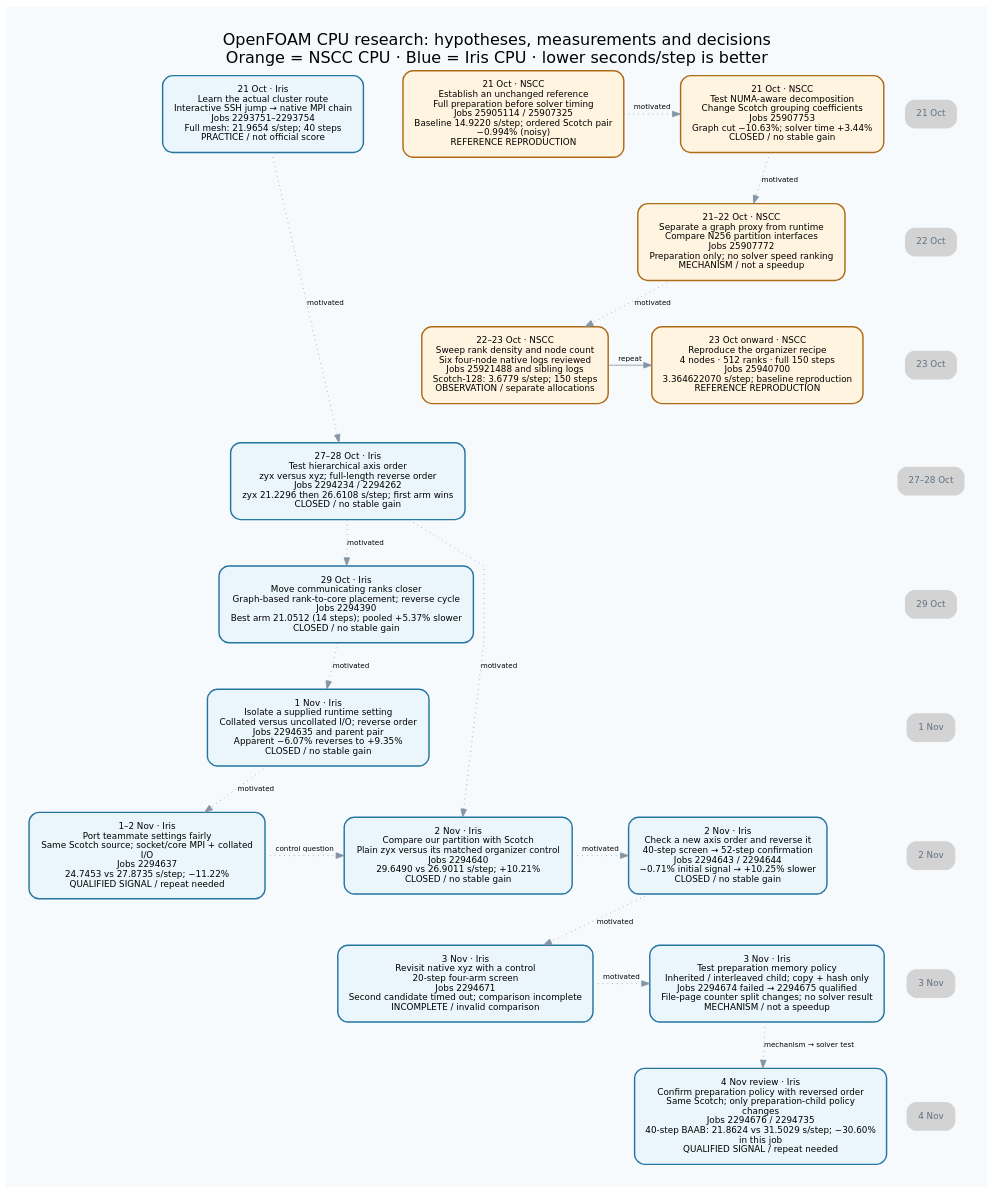
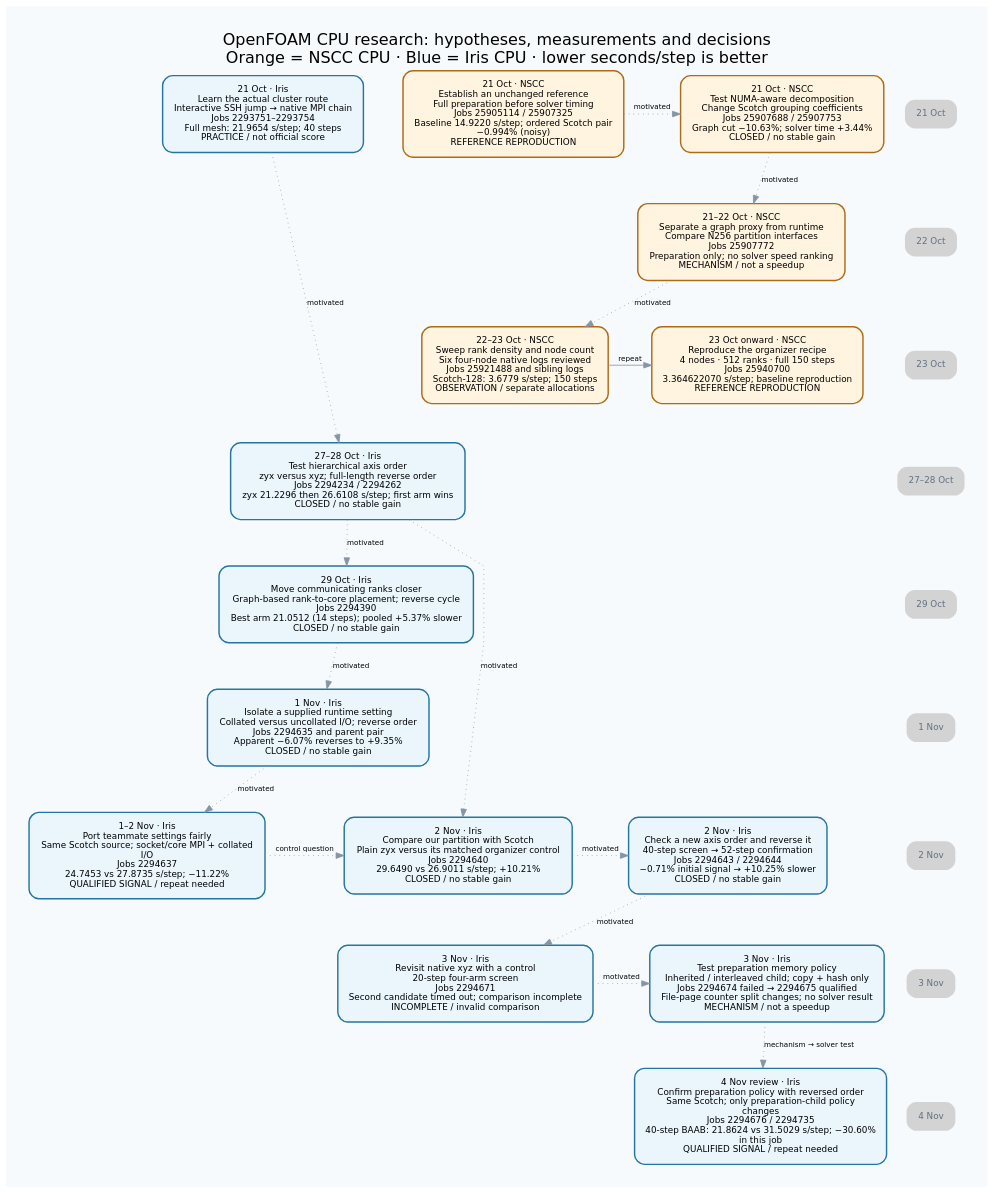
The diagram in workspace/reports/hpc-run-lineage-20261104/journey.dot (trungdangtapcode/apac-hpc-ai-2026), drawn with Graphviz before and after one commit. The commit also changed 14 other files, not shown here.

```diff
--- a/workspace/reports/hpc-run-lineage-20261104/journey.dot
+++ b/workspace/reports/hpc-run-lineage-20261104/journey.dot
@@ -1,66 +1,66 @@
 digraph hpc {
 graph [rankdir=TB,bgcolor="#f7fafc",pad="0.4",nodesep="0.35",ranksep="0.65",splines=polyline,fontname="DejaVu Sans",fontsize=20,label="OpenFOAM CPU research: hypotheses, measurements and decisions\nOrange = NSCC CPU · Blue = Iris CPU · lower seconds/step is better",labelloc=t];
 node [shape=box,style="rounded,filled",fontname="DejaVu Sans",fontsize=11,margin="0.20,0.16"];
 edge [color="#8595a4",fontname="DejaVu Sans",fontsize=9];
 "access" [label="21 Oct · Iris\nLearn the actual cluster route\nInteractive SSH jump → native MPI chain\nJobs 2293751–2293754\nFull mesh: 21.9654 s/step; 40 steps\nPRACTICE / not official score",color="#2476a1",fillcolor="#eaf5fc",penwidth=1.8,URL="../../../workspace/reports/hpc-research-journey-20261023/JOURNEY.md",tooltip="Full mesh: 21.9654 s/step; 40 steps | PRACTICE / not official score"];
 "baseline" [label="21 Oct · NSCC\nEstablish an unchanged reference\nFull preparation before solver timing\nJobs 25905114 / 25907325\nBaseline 14.9220 s/step; ordered Scotch pair\n−0.994% (noisy)\nREFERENCE REPRODUCTION",color="#ad6b17",fillcolor="#fff4df",penwidth=1.8,URL="../../../workspace/reports/hpc-research-journey-20261023/JOURNEY.md",tooltip="Baseline 14.9220 s/step; ordered Scotch pair −0.994% (noisy) | REFERENCE REPRODUCTION"];
-"numa" [label="21 Oct · NSCC\nTest NUMA-aware decomposition\nChange Scotch grouping coefficients\nJobs 25907753\nGraph cut −10.63%; solver time +3.44%\nCLOSED / no stable gain",color="#ad6b17",fillcolor="#fff4df",penwidth=1.8,URL="../../../workspace/reports/hpc-research-journey-20261023/JOURNEY.md",tooltip="Graph cut −10.63%; solver time +3.44% | CLOSED / no stable gain"];
+"numa" [label="21 Oct · NSCC\nTest NUMA-aware decomposition\nChange Scotch grouping coefficients\nJobs 25907688 / 25907753\nGraph cut −10.63%; solver time +3.44%\nCLOSED / no stable gain",color="#ad6b17",fillcolor="#fff4df",penwidth=1.8,URL="../../../workspace/reports/hpc-research-journey-20261023/JOURNEY.md",tooltip="Graph cut −10.63%; solver time +3.44% | CLOSED / no stable gain"];
 "graph" [label="21–22 Oct · NSCC\nSeparate a graph proxy from runtime\nCompare N256 partition interfaces\nJobs 25907772\nPreparation only; no solver speed ranking\nMECHANISM / not a speedup",color="#ad6b17",fillcolor="#fff4df",penwidth=1.8,URL="../../../workspace/reports/hpc-research-journey-20261023/JOURNEY.md",tooltip="Preparation only; no solver speed ranking | MECHANISM / not a speedup"];
 "density" [label="22–23 Oct · NSCC\nSweep rank density and node count\nSix four-node native logs reviewed\nJobs 25921488 and sibling logs\nScotch-128: 3.6779 s/step; 150 steps\nOBSERVATION / separate allocations",color="#ad6b17",fillcolor="#fff4df",penwidth=1.8,URL="../../../workspace/reports/hpc-research-journey-20261023/JOURNEY.md",tooltip="Scotch-128: 3.6779 s/step; 150 steps | OBSERVATION / separate allocations"];
 "confirm" [label="23 Oct onward · NSCC\nReproduce the organizer recipe\n4 nodes · 512 ranks · full 150 steps\nJobs 25940700\n3.364622070 s/step; baseline reproduction\nREFERENCE REPRODUCTION",color="#ad6b17",fillcolor="#fff4df",penwidth=1.8,URL="../../../workspace/notes/HPC_CURRENT.md",tooltip="3.364622070 s/step; baseline reproduction | REFERENCE REPRODUCTION"];
 "order" [label="27–28 Oct · Iris\nTest hierarchical axis order\nzyx versus xyz; full-length reverse order\nJobs 2294234 / 2294262\nzyx 21.2296 then 26.6108 s/step; first arm wins\nCLOSED / no stable gain",color="#2476a1",fillcolor="#eaf5fc",penwidth=1.8,URL="../../../workspace/reports/hpc-own-research-status-20261102/README.md",tooltip="zyx 21.2296 then 26.6108 s/step; first arm wins | CLOSED / no stable gain"];
 "place" [label="29 Oct · Iris\nMove communicating ranks closer\nGraph-based rank-to-core placement; reverse cycle\nJobs 2294390\nBest arm 21.0512 (14 steps); pooled +5.37% slower\nCLOSED / no stable gain",color="#2476a1",fillcolor="#eaf5fc",penwidth=1.8,URL="../../../2026-APAC-HPC-AI/hpc-experiments/iris-graphmap-reverse-20261029/completed-2294390/RESULTS.md",tooltip="Best arm 21.0512 (14 steps); pooled +5.37% slower | CLOSED / no stable gain"];
 "io" [label="1 Nov · Iris\nIsolate a supplied runtime setting\nCollated versus uncollated I/O; reverse order\nJobs 2294635 and parent pair\nApparent −6.07% reverses to +9.35%\nCLOSED / no stable gain",color="#2476a1",fillcolor="#eaf5fc",penwidth=1.8,URL="../../../workspace/reports/hpc-own-research-status-20261102/README.md",tooltip="Apparent −6.07% reverses to +9.35% | CLOSED / no stable gain"];
 "team" [label="1–2 Nov · Iris\nPort teammate settings fairly\nSame Scotch source; socket/core MPI + collated\nI/O\nJobs 2294637\n24.7453 vs 27.8735 s/step; −11.22%\nQUALIFIED SIGNAL / repeat needed",color="#2476a1",fillcolor="#eaf5fc",penwidth=1.8,URL="../../../workspace/reports/hpc-iris-comparison-20261103/README.md",tooltip="24.7453 vs 27.8735 s/step; −11.22% | QUALIFIED SIGNAL / repeat needed"];
 "zyx" [label="2 Nov · Iris\nCompare our partition with Scotch\nPlain zyx versus its matched organizer control\nJobs 2294640\n29.6490 vs 26.9011 s/step; +10.21%\nCLOSED / no stable gain",color="#2476a1",fillcolor="#eaf5fc",penwidth=1.8,URL="../../../workspace/reports/hpc-iris-comparison-20261103/README.md",tooltip="29.6490 vs 26.9011 s/step; +10.21% | CLOSED / no stable gain"];
 "xzy" [label="2 Nov · Iris\nCheck a new axis order and reverse it\n40-step screen → 52-step confirmation\nJobs 2294643 / 2294644\n−0.71% initial signal → +10.25% slower\nCLOSED / no stable gain",color="#2476a1",fillcolor="#eaf5fc",penwidth=1.8,URL="../../../workspace/reports/hpc-iris-comparison-20261103/README.md",tooltip="−0.71% initial signal → +10.25% slower | CLOSED / no stable gain"];
 "xyz" [label="3 Nov · Iris\nRevisit native xyz with a control\n20-step four-arm screen\nJobs 2294671\nSecond candidate timed out; comparison incomplete\nINCOMPLETE / invalid comparison",color="#2476a1",fillcolor="#eaf5fc",penwidth=1.8,URL="../../../workspace/reports/hpc-iris-comparison-20261103/README.md",tooltip="Second candidate timed out; comparison incomplete | INCOMPLETE / invalid comparison"];
 "prep" [label="3 Nov · Iris\nTest preparation memory policy\nInherited / interleaved child; copy + hash only\nJobs 2294674 failed → 2294675 qualified\nFile-page counter split changes; no solver result\nMECHANISM / not a speedup",color="#2476a1",fillcolor="#eaf5fc",penwidth=1.8,URL="../../../workspace/reports/hpc-iris-comparison-20261103/README.md",tooltip="File-page counter split changes; no solver result | MECHANISM / not a speedup"];
 "native" [label="4 Nov review · Iris\nConfirm preparation policy with reversed order\nSame Scotch; only preparation-child policy\nchanges\nJobs 2294676 / 2294735\n40-step BAAB: 21.8624 vs 31.5029 s/step; −30.60%\nin this job\nQUALIFIED SIGNAL / repeat needed",color="#2476a1",fillcolor="#eaf5fc",penwidth=1.8,URL="../../../2026-APAC-HPC-AI/hpc-experiments/iris-preparation-reverse40-20261104/completed-2294735/RESULTS.md",tooltip="40-step BAAB: 21.8624 vs 31.5029 s/step; −30.60% in this job | QUALIFIED SIGNAL / repeat needed"];
 "access" -> "order" [constraint=false,style=dotted,label="motivated"];
 "baseline" -> "numa" [constraint=false,style=dotted,label="motivated"];
 "numa" -> "graph" [constraint=false,style=dotted,label="motivated"];
 "graph" -> "density" [constraint=false,style=dotted,label="motivated"];
 "density" -> "confirm" [constraint=false,style=solid,label="repeat"];
 "order" -> "place" [constraint=false,style=dotted,label="motivated"];
 "place" -> "io" [constraint=false,style=dotted,label="motivated"];
 "io" -> "team" [constraint=false,style=dotted,label="motivated"];
 "order" -> "zyx" [constraint=false,style=dotted,label="motivated"];
 "team" -> "zyx" [constraint=false,style=dotted,label="control question"];
 "zyx" -> "xzy" [constraint=false,style=dotted,label="motivated"];
 "xzy" -> "xyz" [constraint=false,style=dotted,label="motivated"];
 "xyz" -> "prep" [constraint=false,style=dotted,label="motivated"];
 "prep" -> "native" [constraint=false,style=dotted,label="mechanism → solver test"];
 date0 [shape=plaintext,label="21 Oct",fontcolor="#607080"];
 {rank=same;date0;"access";"baseline";"numa";}
 "access" -> "baseline" [style=invis,weight=10];
 "baseline" -> "numa" [style=invis,weight=10];
 date1 [shape=plaintext,label="22 Oct",fontcolor="#607080"];
 {rank=same;date1;"graph";}
 date0 -> date1 [style=invis,weight=100];
 date2 [shape=plaintext,label="23 Oct",fontcolor="#607080"];
 {rank=same;date2;"density";"confirm";}
 "density" -> "confirm" [style=invis,weight=10];
 date1 -> date2 [style=invis,weight=100];
 date3 [shape=plaintext,label="27–28 Oct",fontcolor="#607080"];
 {rank=same;date3;"order";}
 date2 -> date3 [style=invis,weight=100];
 date4 [shape=plaintext,label="29 Oct",fontcolor="#607080"];
 {rank=same;date4;"place";}
 date3 -> date4 [style=invis,weight=100];
 date5 [shape=plaintext,label="1 Nov",fontcolor="#607080"];
 {rank=same;date5;"io";}
 date4 -> date5 [style=invis,weight=100];
 date6 [shape=plaintext,label="2 Nov",fontcolor="#607080"];
 {rank=same;date6;"team";"zyx";"xzy";}
 "team" -> "zyx" [style=invis,weight=10];
 "zyx" -> "xzy" [style=invis,weight=10];
 date5 -> date6 [style=invis,weight=100];
 date7 [shape=plaintext,label="3 Nov",fontcolor="#607080"];
 {rank=same;date7;"xyz";"prep";}
 "xyz" -> "prep" [style=invis,weight=10];
 date6 -> date7 [style=invis,weight=100];
 date8 [shape=plaintext,label="4 Nov",fontcolor="#607080"];
 {rank=same;date8;"native";}
 date7 -> date8 [style=invis,weight=100];
 }
```
